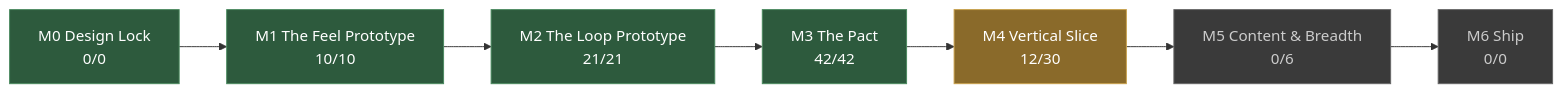
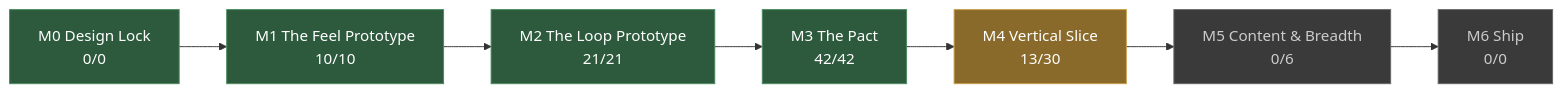
Before and after one commit to JoshuaGessner/she: the diagram in docs/STATUS.md, drawn with Mermaid. The commit also changed other lines of this file and 13 other files, not shown here.

````diff
--- a/docs/STATUS.md
+++ b/docs/STATUS.md
@@ -13,19 +13,19 @@
 ```mermaid
 flowchart LR
   M0["M0 Design Lock<br/>0/0"]:::passed
   M1["M1 The Feel Prototype<br/>10/10"]:::passed
   M0 --> M1
   M2["M2 The Loop Prototype<br/>21/21"]:::passed
   M1 --> M2
   M3["M3 The Pact<br/>42/42"]:::passed
   M2 --> M3
-  M4["M4 Vertical Slice<br/>12/30"]:::current
+  M4["M4 Vertical Slice<br/>13/30"]:::current
   M3 --> M4
   M5["M5 Content & Breadth<br/>0/6"]:::ahead
   M4 --> M5
   M6["M6 Ship<br/>0/0"]:::ahead
   M5 --> M6
   classDef passed fill:#2d5a3d,stroke:#4a8a5f,color:#fff
   classDef current fill:#8a6a2a,stroke:#c8a04a,color:#fff
   classDef ahead fill:#3a3a3a,stroke:#666,color:#ccc
 ```
````
